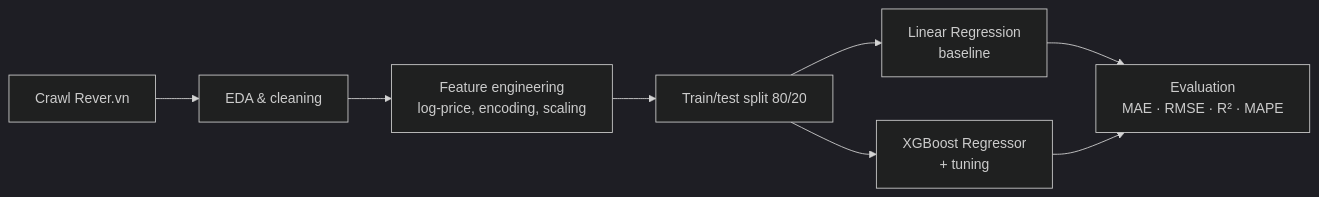
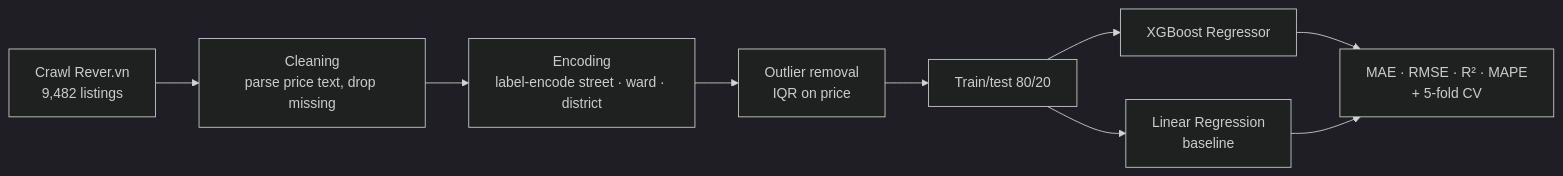
Before and after one commit to LinhNhat07/House_Price: the diagram in README.md, drawn with Mermaid (dark theme). The commit also changed other lines of this file, not shown here.

````diff
--- a/README.md
+++ b/README.md
@@ -53,10 +70,11 @@
 ```mermaid
 flowchart LR
-    A[Crawl Rever.vn] --> B[EDA & cleaning]
-    B --> C[Feature engineering<br/>log-price, encoding, scaling]
-    C --> D[Train/test split 80/20]
-    D --> E[Linear Regression<br/>baseline]
-    D --> F[XGBoost Regressor<br/>+ tuning]
-    E --> G[Evaluation<br/>MAE · RMSE · R² · MAPE]
-    F --> G
+    A[Crawl Rever.vn<br/>9,482 listings] --> B[Cleaning<br/>parse price text, drop missing]
+    B --> C[Encoding<br/>label-encode street · ward · district]
+    C --> D[Outlier removal<br/>IQR on price]
+    D --> E[Train/test 80/20]
+    E --> F[XGBoost Regressor]
+    E --> G[Linear Regression<br/>baseline]
+    F --> H[MAE · RMSE · R² · MAPE<br/>+ 5-fold CV]
+    G --> H
 ```
````
